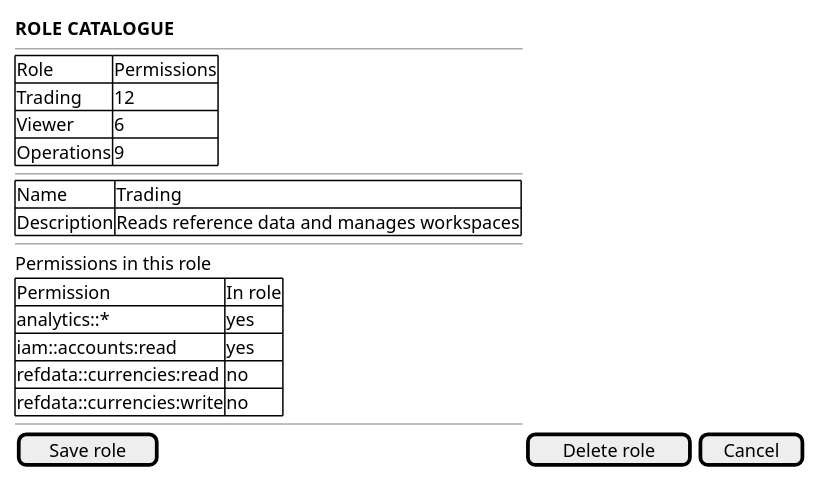
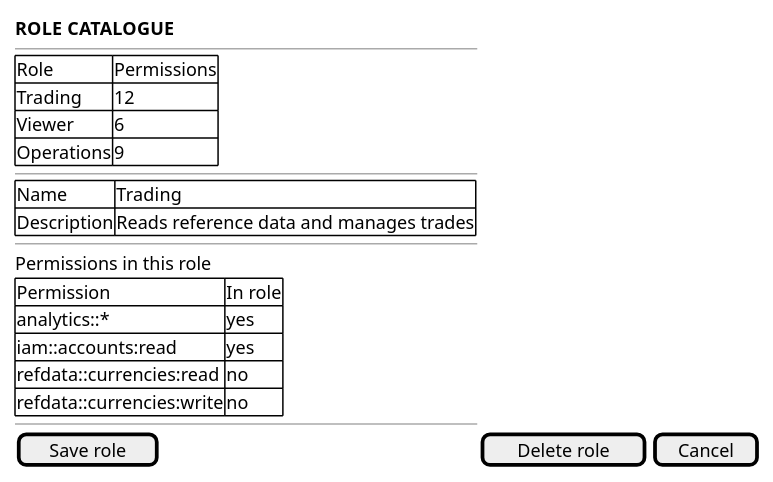
One commit to OreStudio/OreStudio changed the diagram in doc/knowledge/journeys/access/wireframe_shape_the_role_catalogue.puml. Above: the diagram before and after it, drawn with PlantUML. The commit also changed 18 other files, not shown here.

```diff
--- a/doc/knowledge/journeys/access/wireframe_shape_the_role_catalogue.puml
+++ b/doc/knowledge/journeys/access/wireframe_shape_the_role_catalogue.puml
@@ -18,31 +18,31 @@
 @startuml
 
 salt
 {
   <b>ROLE CATALOGUE</b>
   --
   {#
     Role | Permissions
     Trading | 12
     Viewer | 6
     Operations | 9
   }
   --
   {#
     Name | Trading
-    Description | Reads reference data and manages workspaces
+    Description | Reads reference data and manages trades
   }
   --
   Permissions in this role
   {#
     Permission | In role
     analytics::* | yes
     iam::accounts:read | yes
     refdata::currencies:read | no
     refdata::currencies:write | no
   }
   --
   [ Save role ] | [ Delete role ] | [ Cancel ]
 }
 
 @enduml
```
